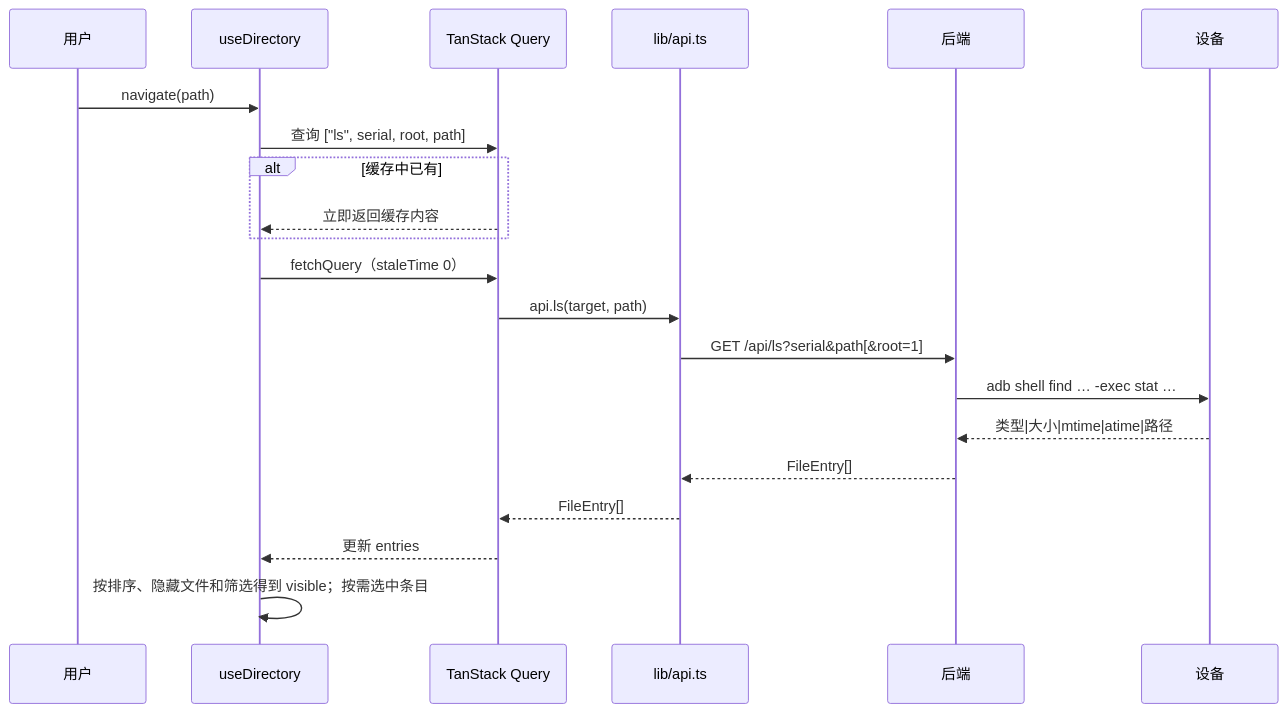
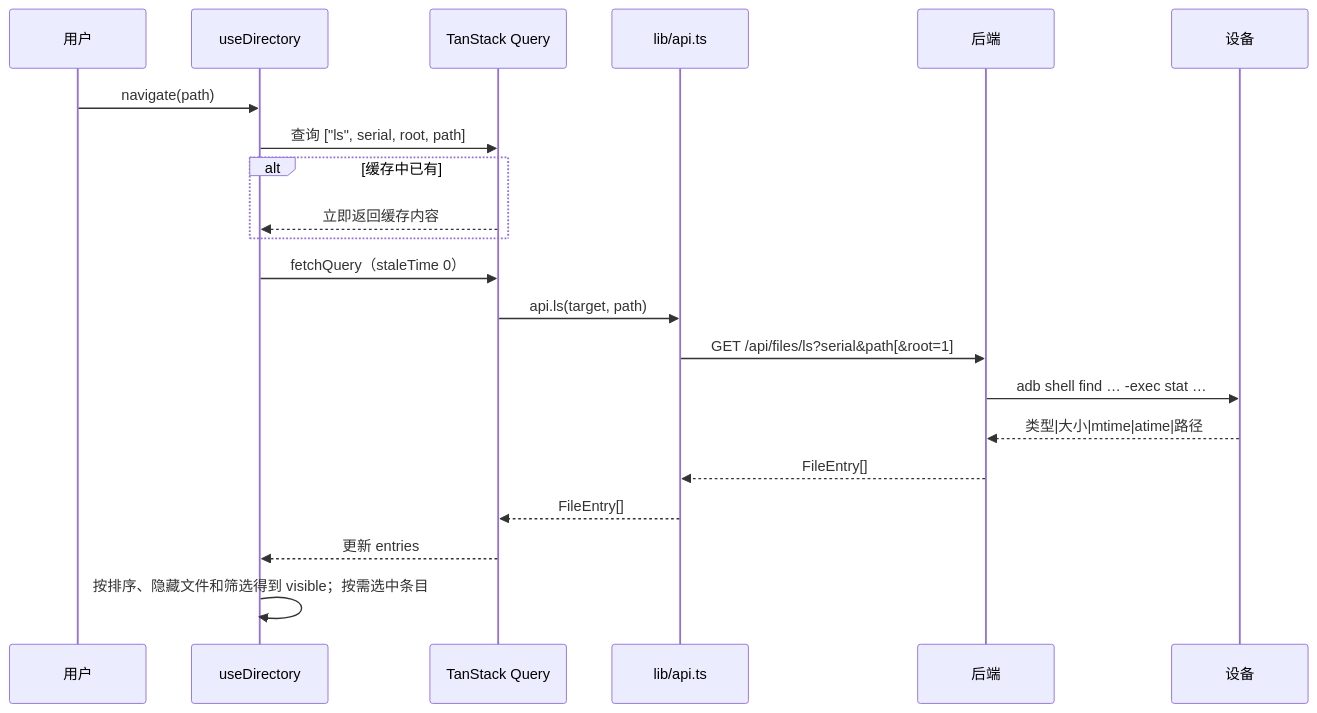
The eighth of 12 diagrams in docs/architecture.md (wynnyu/adb-file-manager), drawn with Mermaid before and after one commit. The commit also changed other lines of this file and 18 other files, not shown here.

````diff
--- a/docs/architecture.md
+++ b/docs/architecture.md
@@ -334,23 +337,23 @@
 ```mermaid
 sequenceDiagram
   participant U as 用户
   participant D as useDirectory
   participant Q as TanStack Query
   participant A as lib/api.ts
   participant S as 后端
   participant P as 设备
   U->>D: navigate(path)
   D->>Q: 查询 ["ls", serial, root, path]
   alt 缓存中已有
     Q-->>D: 立即返回缓存内容
   end
   D->>Q: fetchQuery（staleTime 0）
   Q->>A: api.ls(target, path)
-  A->>S: GET /api/ls?serial&path[&root=1]
+  A->>S: GET /api/files/ls?serial&path[&root=1]
   S->>P: adb shell find … -exec stat …
   P-->>S: 类型|大小|mtime|atime|路径
   S-->>A: FileEntry[]
   A-->>Q: FileEntry[]
   Q-->>D: 更新 entries
   D->>D: 按排序、隐藏文件和筛选得到 visible；按需选中条目
 ```
````
